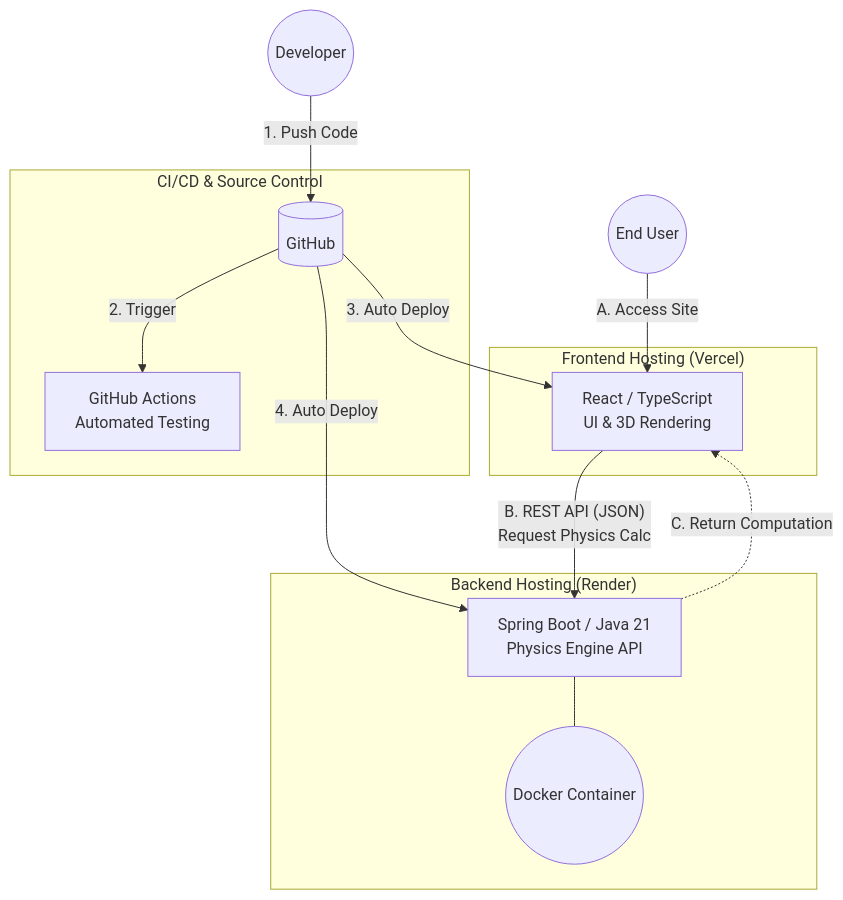
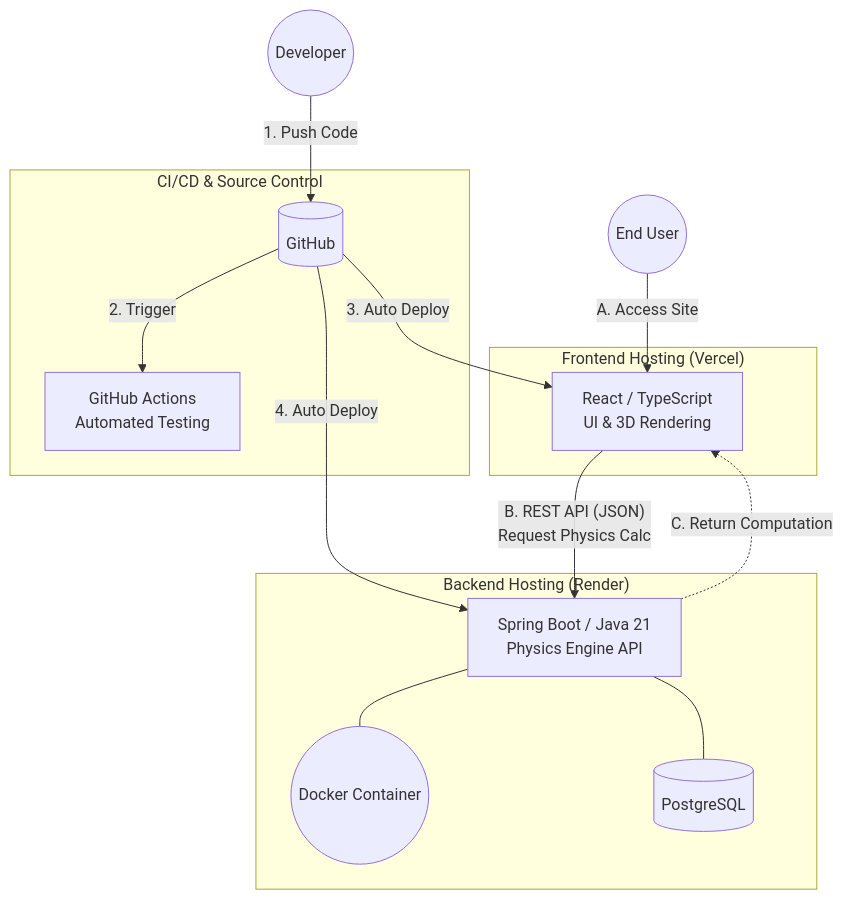
The diagram in README.md (haku3782/darts-sim), drawn with Mermaid before and after one commit. The commit also changed other lines of this file and 1 other file, not shown here.

Commit message:
update README: add DB to architecture diagram, note CI/deploy independence
- Add PostgreSQL node to the backend architecture diagram (was missing despite being used)
- State explicitly that test and deploy are decoupled (deploy is not gated on CI passing)

````diff
--- a/README.md
+++ b/README.md
@@ -47,29 +47,31 @@
 ```mermaid
 graph TD
     Dev((Developer))
     User((End User))
 
     subgraph "Frontend Hosting (Vercel)"
         React[React / TypeScript<br/>UI & 3D Rendering]
     end
 
     subgraph "Backend Hosting (Render)"
         Spring[Spring Boot / Java 21<br/>Physics Engine API]
         Docker((Docker Container))
+        DB[(PostgreSQL)]
         Spring --- Docker
+        Spring --- DB
     end
 
     subgraph "CI/CD & Source Control"
         Repo[(GitHub)]
         Actions[GitHub Actions<br/>Automated Testing]
     end
 
     Dev -->|"1. Push Code"| Repo
     Repo -->|"2. Trigger"| Actions
     Repo -->|"3. Auto Deploy"| React
     Repo -->|"4. Auto Deploy"| Spring
 
     User -->|"A. Access Site"| React
     React -->|"B. REST API (JSON)<br/>Request Physics Calc"| Spring
     Spring -.->|"C. Return Computation"| React
 ```
````
